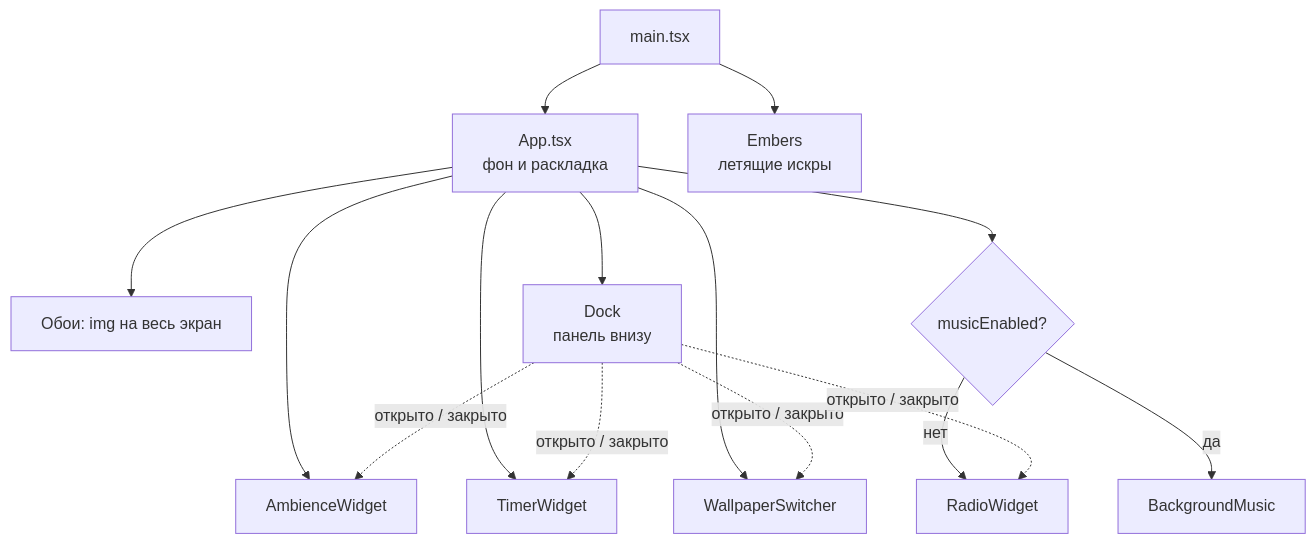
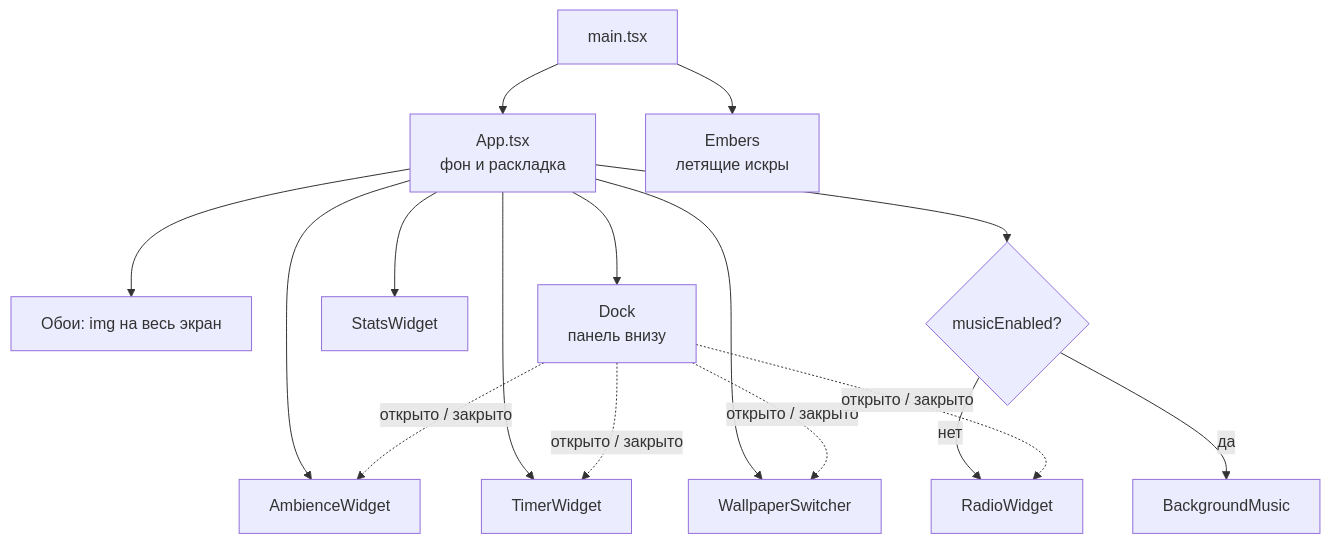
Before and after one commit to kagulion/tempo: the diagram in docs/widgets.md, drawn with Mermaid. The commit also changed other lines of this file and 18 other files, not shown here.

First line of the commit message:
feat: add stats widget and dock clock with fullscreen button

````diff
--- a/docs/widgets.md
+++ b/docs/widgets.md
@@ -7,14 +7,15 @@
 ```mermaid
 flowchart TD
     main[main.tsx] --> App[App.tsx<br/>фон и раскладка]
     main --> Embers[Embers<br/>летящие искры]
     App --> Img[Обои: img на весь экран]
     App --> Dock[Dock<br/>панель внизу]
     App --> AW[AmbienceWidget]
     App --> TW[TimerWidget]
+    App --> SW[StatsWidget]
     App --> WS[WallpaperSwitcher]
     App --> R{musicEnabled?}
     R -- нет --> RW[RadioWidget]
     R -- да --> BM[BackgroundMusic]
     Dock -. открыто / закрыто .-> AW & TW & WS & RW
 ```
````
